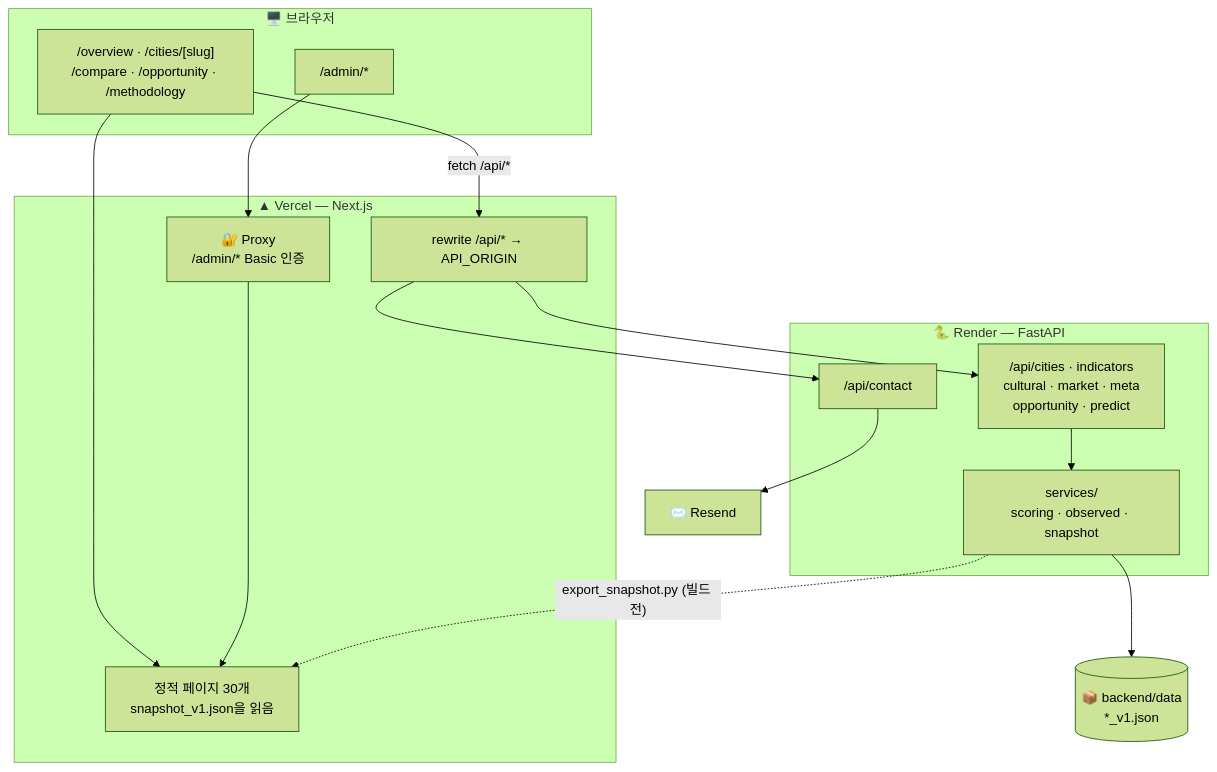
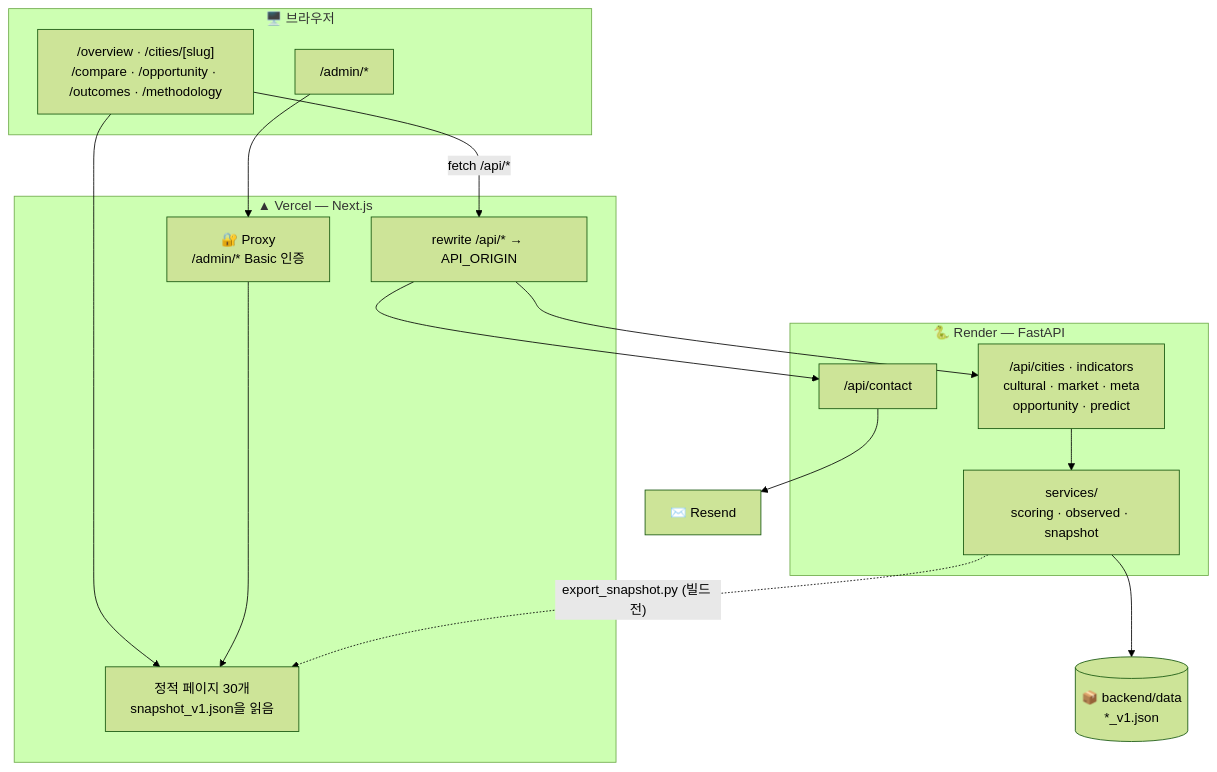
Before and after one commit to beang66/art-city-intelligence: the first of 6 diagrams in README.md, drawn with Mermaid (forest theme). The commit also changed other lines of this file and 23 other files, not shown here.

````diff
--- a/README.md
+++ b/README.md
@@ -140,25 +140,25 @@
 ```mermaid
 flowchart TB
     subgraph Client["🖥️ 브라우저"]
-        PG["/overview · /cities/[slug]<br>/compare · /opportunity · /methodology"]
+        PG["/overview · /cities/[slug]<br>/compare · /opportunity · /outcomes · /methodology"]
         AD["/admin/*"]
     end
     subgraph Vercel["▲ Vercel — Next.js"]
         PX["🔐 Proxy<br>/admin/* Basic 인증"]
         SSG["정적 페이지 30개<br>snapshot_v1.json을 읽음"]
         RW["rewrite /api/* → API_ORIGIN"]
     end
     subgraph Render["🐍 Render — FastAPI"]
         R1["/api/cities · indicators<br>cultural · market · meta<br>opportunity · predict"]
         R2["/api/contact"]
         SV["services/<br>scoring · observed · snapshot"]
     end
     D[("📦 backend/data<br>*_v1.json")]
     RS["✉️ Resend"]
     PG --> SSG
     AD --> PX --> SSG
     PG -- "fetch /api/*" --> RW --> R1 & R2
     R1 --> SV --> D
     R2 --> RS
     SV -. "export_snapshot.py (빌드 전)" .-> SSG
 ```
````
